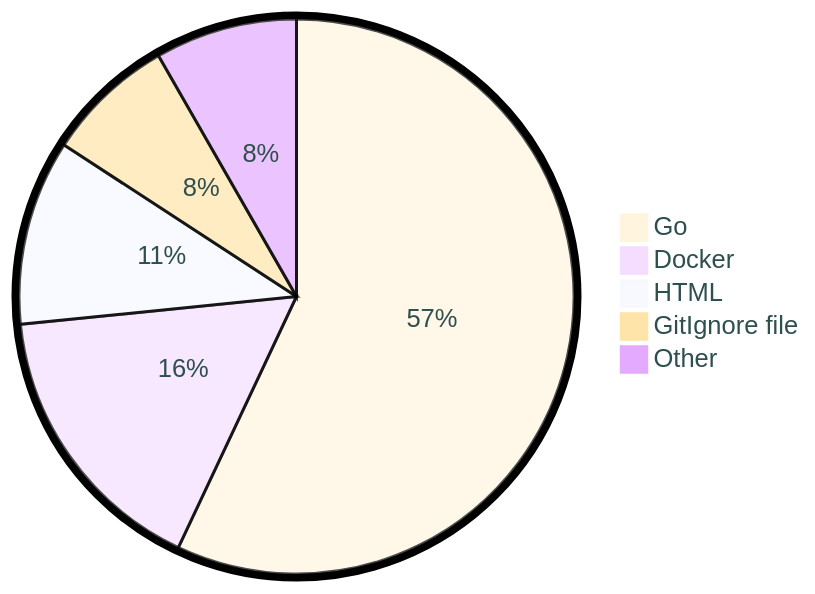
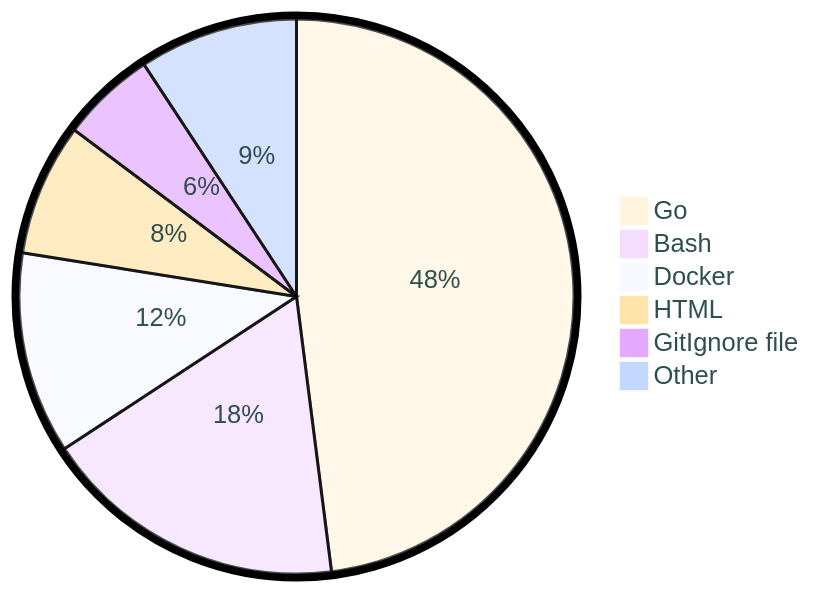
Before and after one commit to tot0p/tot0p: the diagram in README.md, drawn with Mermaid. The commit also changed other lines of this file, not shown here.

````diff
--- a/README.md
+++ b/README.md
@@ -80,9 +80,10 @@
 ```mermaid
 %%{init: {"pie": {"textPosition": 0.5}, "themeVariables": {"pieOuterStrokeWidth": "5px","primaryTextColor" : "#2F4F4F"},"theme":"base"} }%%
 pie
-	"Go": 56.99
-	"Docker": 16.4
-	"HTML": 10.79
-	"GitIgnore file": 7.52
-	"Other": 8.28
+	"Go": 47.98
+	"Bash": 17.77
+	"Docker": 11.76
+	"HTML": 7.72
+	"GitIgnore file": 5.51
+	"Other": 9.25
 ```
````
